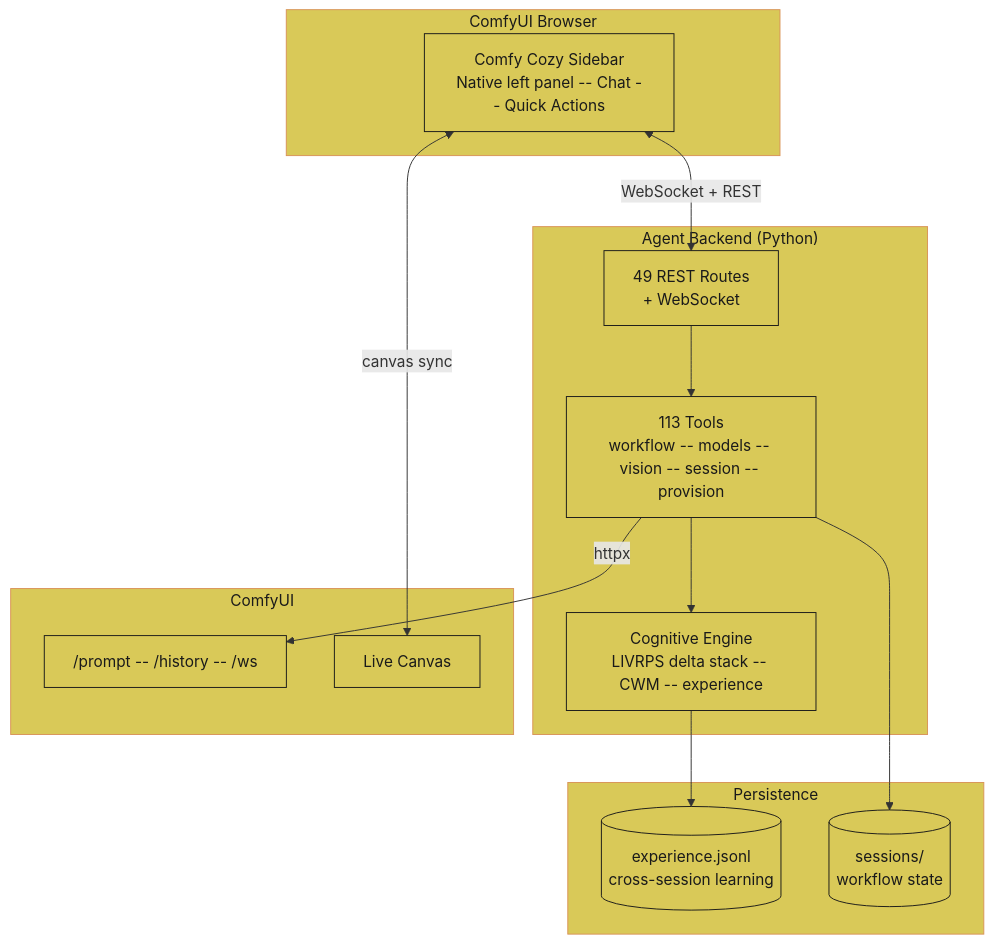
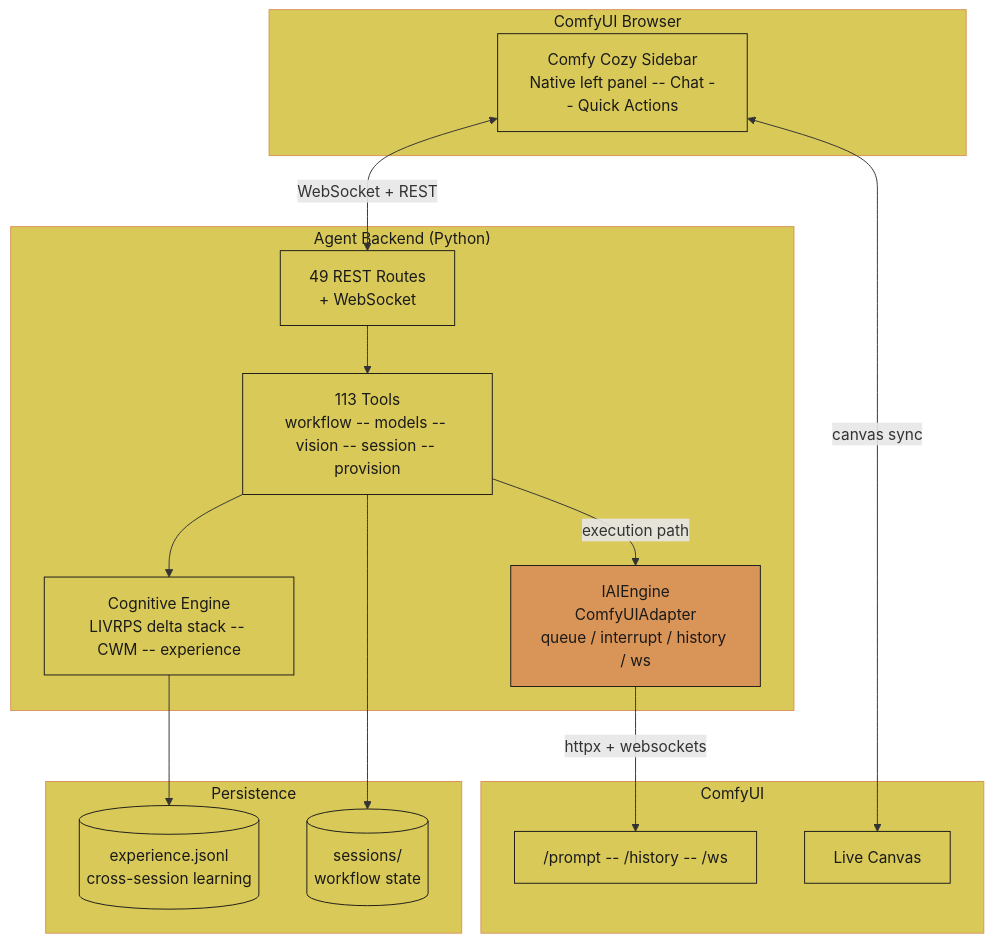
One commit to JosephOIbrahim/Comfy-Cozy changed the sixth of 29 diagrams in README.md. Above: the diagram before and after it, drawn with Mermaid. The commit also changed other lines of this file, not shown here.

First line of the commit message:
[VERIFY] README — document agent/engine/ + agent/embedder.py with Mermaid diagrams

````diff
--- a/README.md
+++ b/README.md
@@ -464,36 +464,39 @@
 ```mermaid
 graph TB
     subgraph Browser ["ComfyUI Browser"]
         Sidebar["Comfy Cozy Sidebar<br/>Native left panel -- Chat -- Quick Actions"]
     end
     subgraph Backend ["Agent Backend (Python)"]
         Routes["49 REST Routes<br/>+ WebSocket"]
         Tools["113 Tools<br/>workflow -- models -- vision -- session -- provision"]
+        Engine["IAIEngine<br/>ComfyUIAdapter<br/>queue / interrupt / history / ws"]
         Cog["Cognitive Engine<br/>LIVRPS delta stack -- CWM -- experience"]
     end
     subgraph ComfyUI ["ComfyUI"]
         API["/prompt -- /history -- /ws"]
         Canvas["Live Canvas"]
     end
     subgraph Disk ["Persistence"]
         EXP[("experience.jsonl<br/>cross-session learning")]
         Sessions[("sessions/<br/>workflow state")]
     end
 
     Sidebar <-->|"WebSocket + REST"| Routes
     Sidebar <-->|"canvas sync"| Canvas
     Routes --> Tools
     Tools --> Cog
-    Tools -->|httpx| API
+    Tools -->|execution path| Engine
+    Engine -->|httpx + websockets| API
     Cog --> EXP
     Tools --> Sessions
 
     style Browser fill:#d9c958,color:#1a1a1a,stroke:#d99458
     style Backend fill:#d9c958,color:#1a1a1a,stroke:#d99458
     style ComfyUI fill:#d9c958,color:#1a1a1a,stroke:#d99458
     style Disk fill:#d9c958,color:#1a1a1a,stroke:#d99458
 
     classDef orange fill:#d99458,color:#1a1a1a,stroke:#1a1a1a
     classDef yellow fill:#d9c958,color:#1a1a1a,stroke:#1a1a1a
+    class Engine orange
     class Sidebar,Routes,Tools,Cog,API,Canvas,EXP,Sessions yellow
 ```
````
